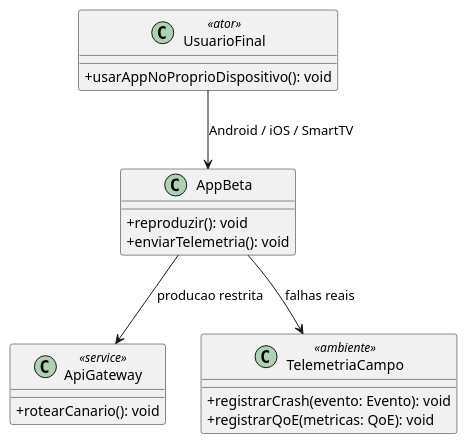
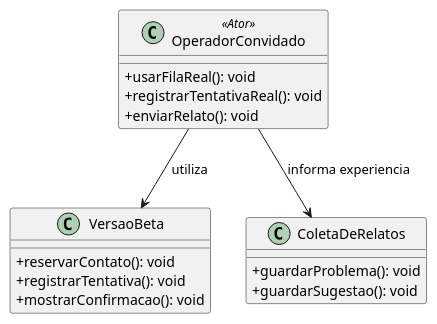
One commit to DiogoBAguiar/atividade-testes-software changed the diagram in diagramas/3.3-teste-beta.puml. Above: the diagram before and after it, drawn with PlantUML. The commit also changed 37 other files, not shown here.

```diff
--- a/diagramas/3.3-teste-beta.puml
+++ b/diagramas/3.3-teste-beta.puml
@@ -1,25 +1,21 @@
 @startuml
 skinparam classAttributeIconSize 0
 
-class UsuarioFinal <<ator>> {
-  + usarAppNoProprioDispositivo(): void
+class OperadorConvidado <<Ator>> {
+  + usarFilaReal(): void
+  + registrarTentativaReal(): void
+  + enviarRelato(): void
+}
+class VersaoBeta {
+  + reservarContato(): void
+  + registrarTentativa(): void
+  + mostrarConfirmacao(): void
+}
+class ColetaDeRelatos {
+  + guardarProblema(): void
+  + guardarSugestao(): void
 }
 
-class AppBeta {
-  + reproduzir(): void
-  + enviarTelemetria(): void
-}
-
-class ApiGateway <<service>> {
-  + rotearCanario(): void
-}
-
-class TelemetriaCampo <<ambiente>> {
-  + registrarCrash(evento: Evento): void
-  + registrarQoE(metricas: QoE): void
-}
-
-UsuarioFinal --> AppBeta : Android / iOS / SmartTV
-AppBeta --> ApiGateway : producao restrita
-AppBeta --> TelemetriaCampo : falhas reais
+OperadorConvidado --> VersaoBeta : utiliza
+OperadorConvidado --> ColetaDeRelatos : informa experiencia
 @enduml
```
